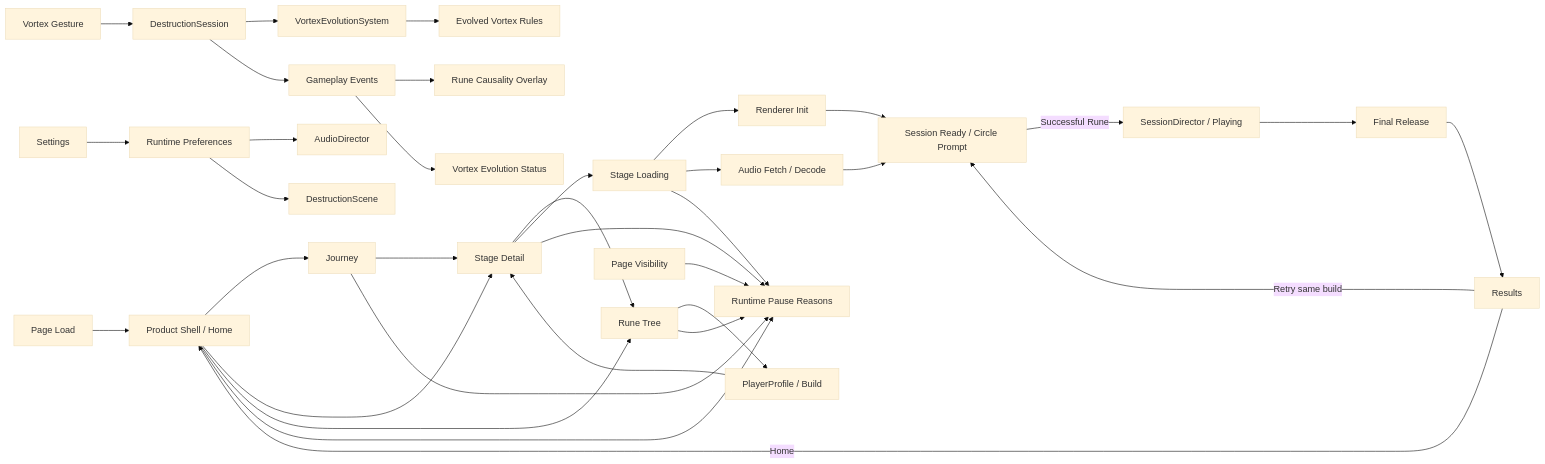
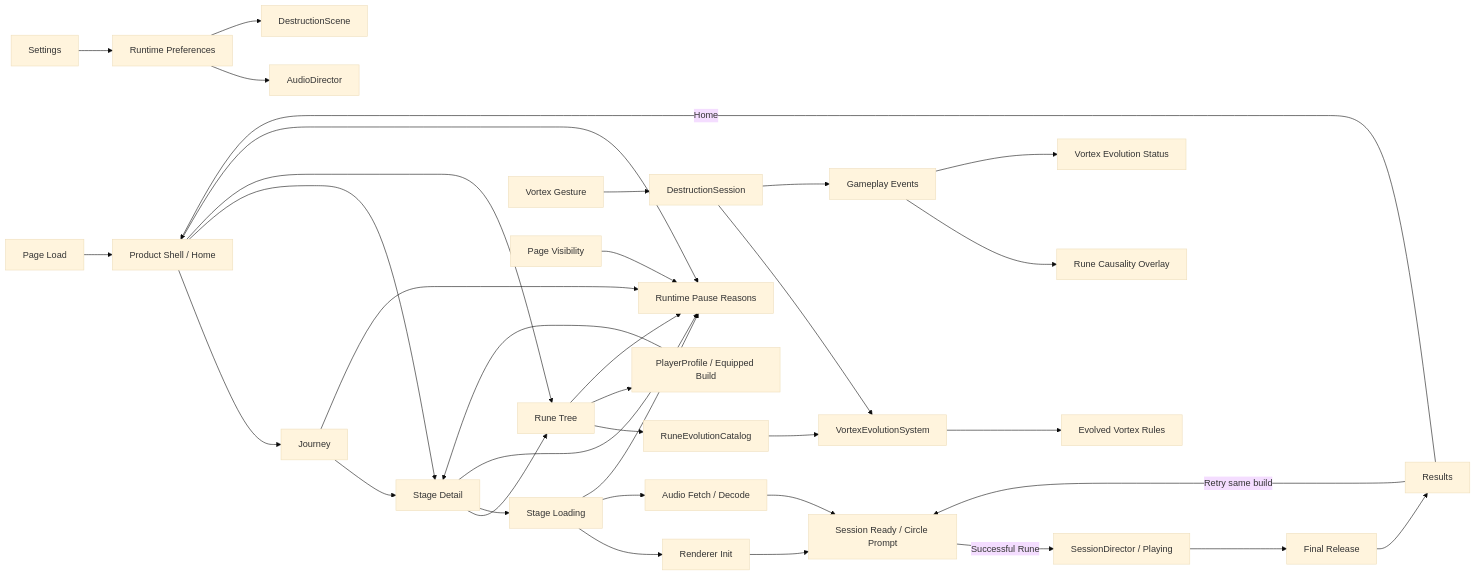
One commit to zeroLR/2D-game-playground changed the diagram in rune-ball/README.md. Above: the diagram before and after it, drawn with Mermaid (base theme). The commit also changed other lines of this file, not shown here.

Commit message:
docs(rune-ball): advance milestone to P8.2 Rune Tree UX

````diff
--- a/rune-ball/README.md
+++ b/rune-ball/README.md
@@ -59,40 +72,42 @@
 ```mermaid
 flowchart LR
   Boot[Page Load] --> Home[Product Shell / Home]
 
   Home --> Journey[Journey]
   Journey --> Stage[Stage Detail]
   Home --> Stage
   Home --> Runes[Rune Tree]
   Stage --> Runes
-  Runes --> Profile[PlayerProfile / Build]
+  Runes --> Catalog[RuneEvolutionCatalog]
+  Runes --> Profile[PlayerProfile / Equipped Build]
+  Catalog --> Evolution[VortexEvolutionSystem]
   Profile --> Stage
 
   Stage --> Loading[Stage Loading]
   Loading --> Renderer[Renderer Init]
   Loading --> Audio[Audio Fetch / Decode]
   Renderer --> Ready[Session Ready / Circle Prompt]
   Audio --> Ready
   Ready -->|Successful Rune| Run[SessionDirector / Playing]
   Run --> Final[Final Release]
   Final --> Results[Results]
   Results -->|Retry same build| Ready
   Results -->|Home| Home
 
   Gesture[Vortex Gesture] --> Domain[DestructionSession]
-  Domain --> Evolution[VortexEvolutionSystem]
+  Domain --> Evolution
   Evolution --> Rules[Evolved Vortex Rules]
   Domain --> Events[Gameplay Events]
   Events --> Causality[Rune Causality Overlay]
   Events --> Status[Vortex Evolution Status]
 
   Settings[Settings] --> Prefs[Runtime Preferences]
   Prefs --> AudioDirector[AudioDirector]
   Prefs --> Scene[DestructionScene]
   Visibility[Page Visibility] --> Pause[Runtime Pause Reasons]
   Home --> Pause
   Journey --> Pause
   Runes --> Pause
   Stage --> Pause
   Loading --> Pause
 ```
````
